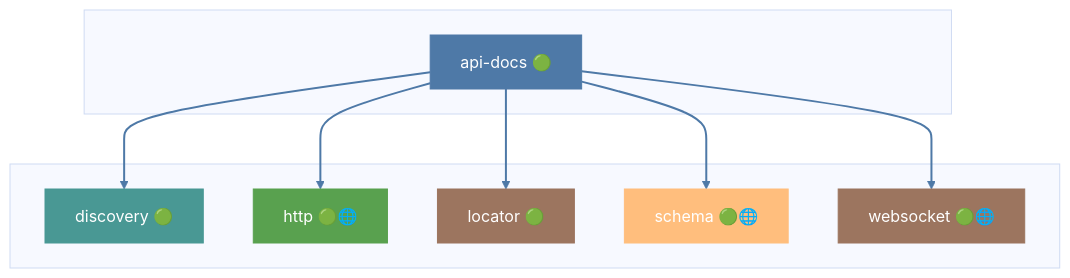
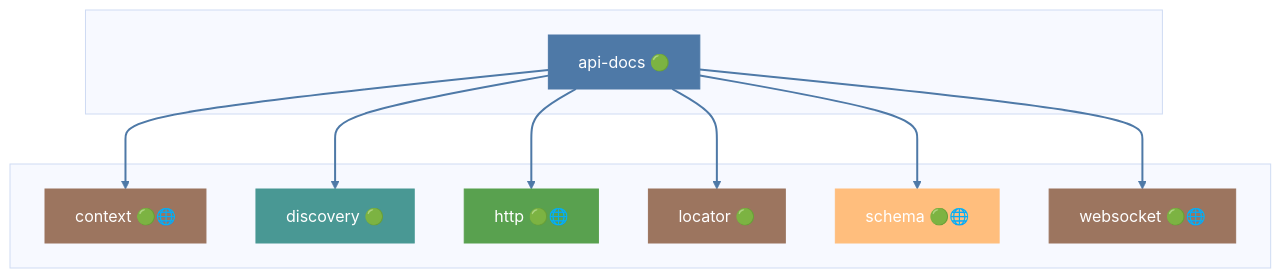
Before and after one commit to grest-ts/grest-ts: the second of 46 diagrams in docs/DEPENDENCIES.md, drawn with Mermaid (base theme). The commit also changed other lines of this file and 15 other files, not shown here.

First line of the commit message:
Update docs to unified middleware API; refresh dependency graph

````diff
--- a/docs/DEPENDENCIES.md
+++ b/docs/DEPENDENCIES.md
@@ -417,29 +419,33 @@
 ```mermaid
 flowchart TB
     subgraph Package[" "]
         api-docs["api-docs 🟢"]
     end
     subgraph Dependencies[" "]
+        context["context 🟢🌐"]
         discovery["discovery 🟢"]
         http["http 🟢🌐"]
         locator["locator 🟢"]
         schema["schema 🟢🌐"]
         websocket["websocket 🟢🌐"]
     end
+    api-docs --> context
     api-docs --> discovery
     api-docs --> http
     api-docs --> locator
     api-docs --> schema
     api-docs --> websocket
     style api-docs fill:#4E79A7,stroke:#4E79A7,color:#fff
+    style context fill:#9C755F,stroke:#9C755F,color:#fff
     style discovery fill:#499894,stroke:#499894,color:#fff
     style http fill:#59A14F,stroke:#59A14F,color:#fff
     style locator fill:#9C755F,stroke:#9C755F,color:#fff
     style schema fill:#FFBE7D,stroke:#FFBE7D,color:#fff
     style websocket fill:#9C755F,stroke:#9C755F,color:#fff
     linkStyle 0 stroke:#4E79A7,stroke-width:2px
     linkStyle 1 stroke:#4E79A7,stroke-width:2px
     linkStyle 2 stroke:#4E79A7,stroke-width:2px
     linkStyle 3 stroke:#4E79A7,stroke-width:2px
     linkStyle 4 stroke:#4E79A7,stroke-width:2px
+    linkStyle 5 stroke:#4E79A7,stroke-width:2px
 ```
````
